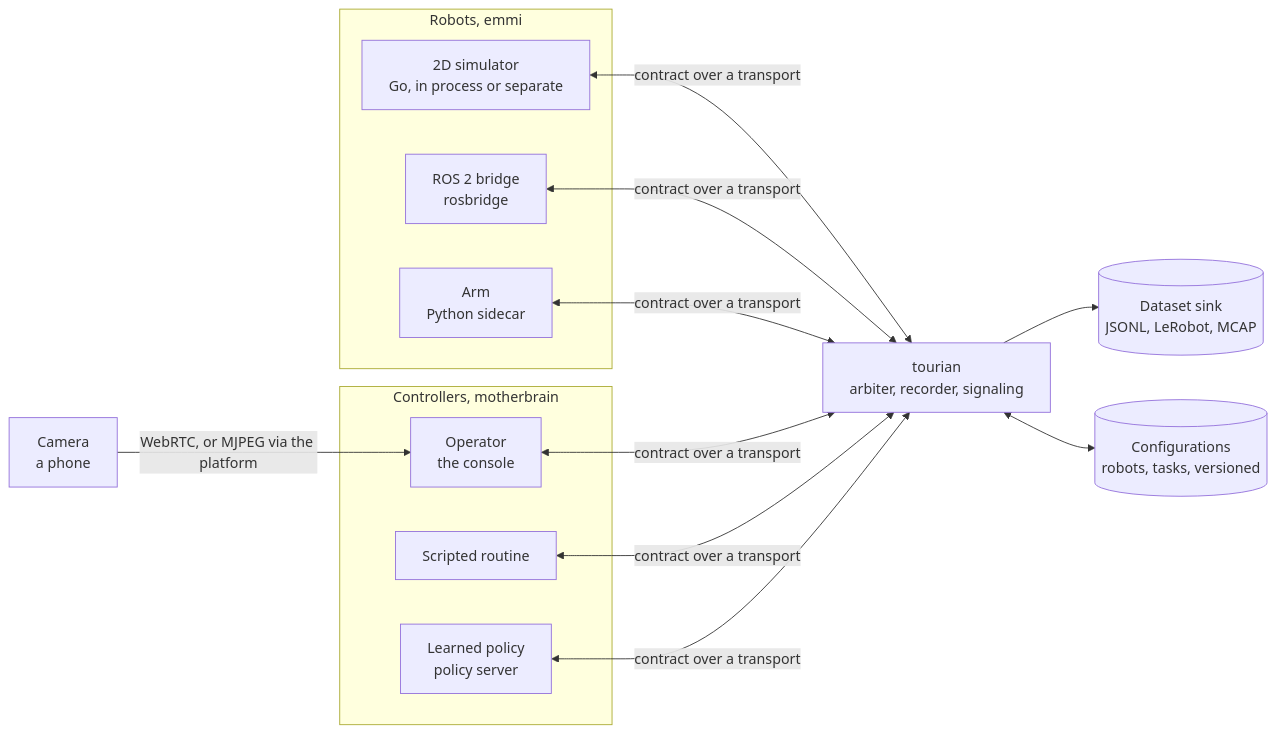
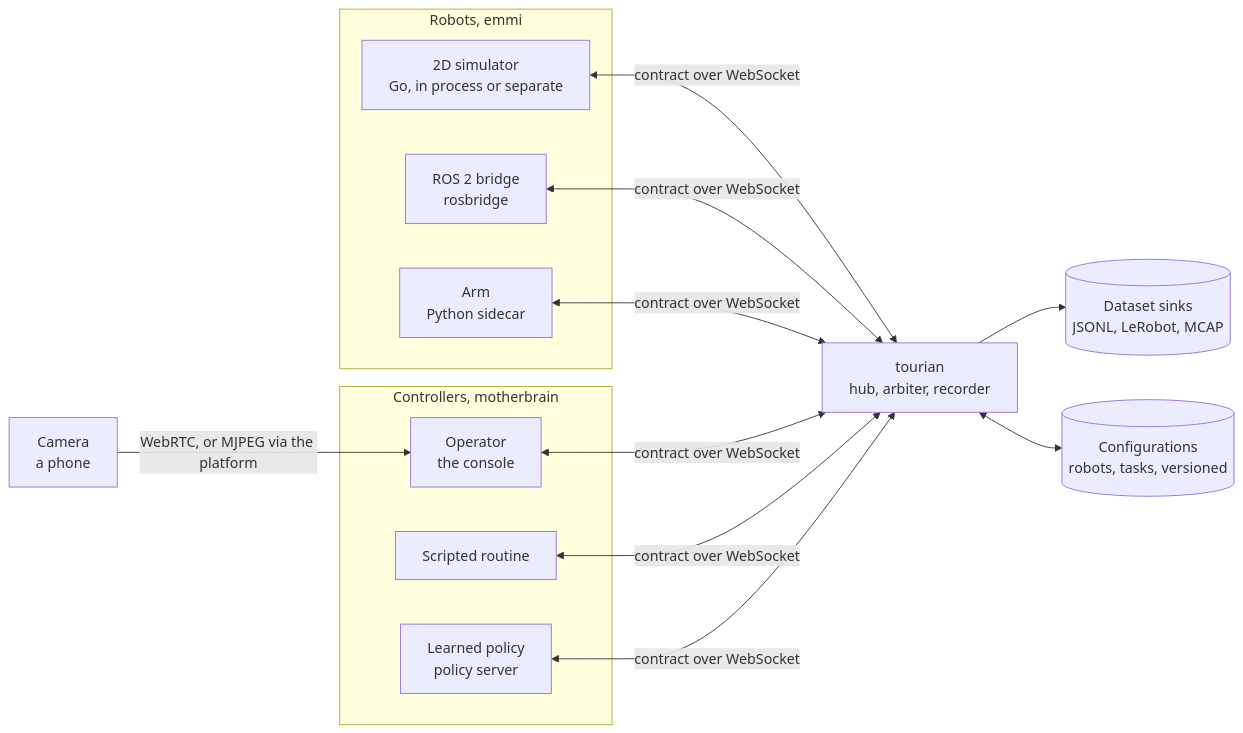
One commit to vlumi/tourian changed the diagram in ARCHITECTURE.md. Above: the diagram before and after it, drawn with Mermaid. The commit also changed other lines of this file and 1 other file, not shown here.

Commit message:
ARCHITECTURE: the current state as a whole, the milestones as history at the end

````diff
--- a/ARCHITECTURE.md
+++ b/ARCHITECTURE.md
@@ -106,19 +9,19 @@
 ```mermaid
 flowchart LR
   subgraph robots [Robots, emmi]
     sim["2D simulator<br>Go, in process or separate"]
     ros["ROS 2 bridge<br>rosbridge"]
     arm["Arm<br>Python sidecar"]
   end
   subgraph controllers [Controllers, motherbrain]
     samus["Operator<br>the console"]
     script["Scripted routine"]
     policy["Learned policy<br>policy server"]
   end
-  platform["tourian<br>arbiter, recorder, signaling"]
-  sim & ros & arm <-->|"contract over a transport"| platform
-  samus & script & policy <-->|"contract over a transport"| platform
+  platform["tourian<br>hub, arbiter, recorder"]
+  sim & ros & arm <-->|"contract over WebSocket"| platform
+  samus & script & policy <-->|"contract over WebSocket"| platform
   camera["Camera<br>a phone"] -->|"WebRTC, or MJPEG via the platform"| samus
-  platform --> sink[("Dataset sink<br>JSONL, LeRobot, MCAP")]
+  platform --> sink[("Dataset sinks<br>JSONL, LeRobot, MCAP")]
   platform <--> config[("Configurations<br>robots, tasks, versioned")]
 ```
````
